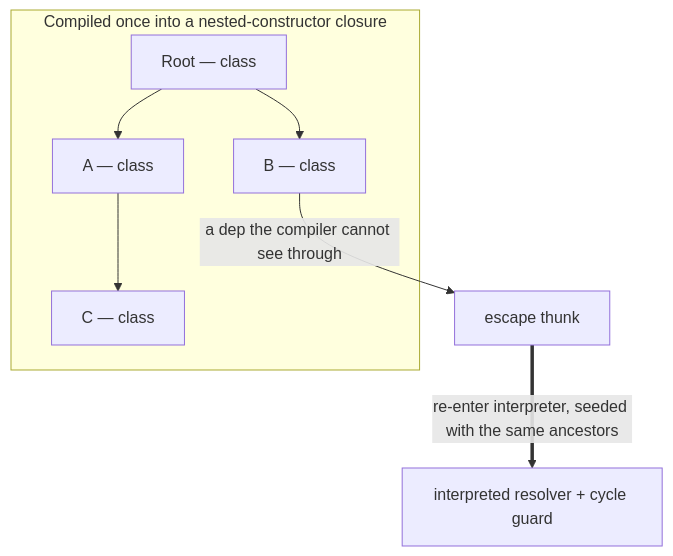
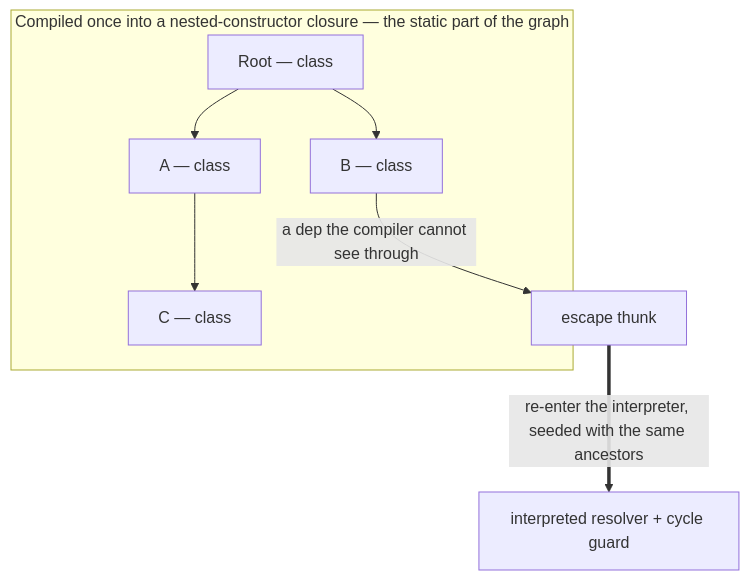
One commit to codefastlabs/codefast changed the second of 6 diagrams in packages/di/LEARNING.md. Above: the diagram before and after it, drawn with Mermaid. The commit also changed other lines of this file, not shown here.

````diff
--- a/packages/di/LEARNING.md
+++ b/packages/di/LEARNING.md
@@ -160,10 +187,10 @@
 ```mermaid
 flowchart TD
-  subgraph plan["Compiled once into a nested-constructor closure"]
+  subgraph plan["Compiled once into a nested-constructor closure — the static part of the graph"]
     Root["Root — class"] --> Aa["A — class"]
     Root --> Bb["B — class"]
     Aa --> Cc["C — class"]
   end
   Bb -->|"a dep the compiler cannot see through"| Esc["escape thunk"]
-  Esc ==>|"re-enter interpreter, seeded with the same ancestors"| RT["interpreted resolver + cycle guard"]
+  Esc ==>|"re-enter the interpreter, seeded with the same ancestors"| RT["interpreted resolver + cycle guard"]
 ```
````
